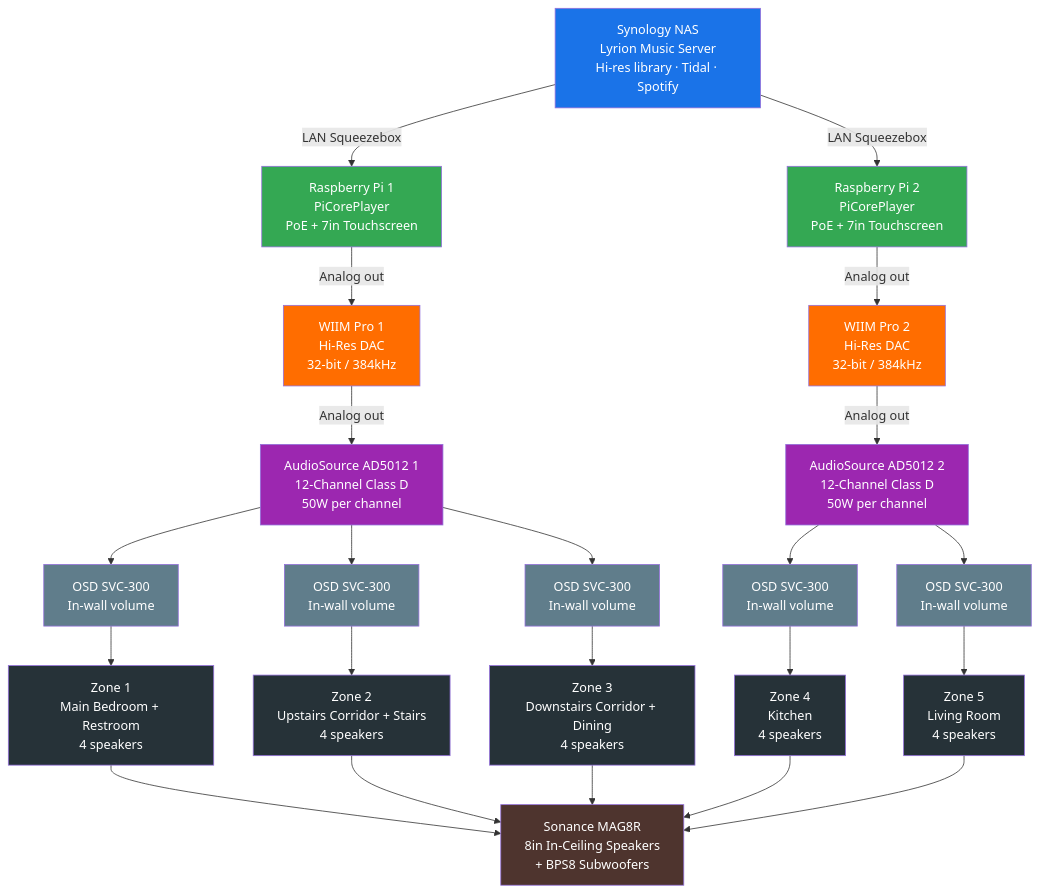
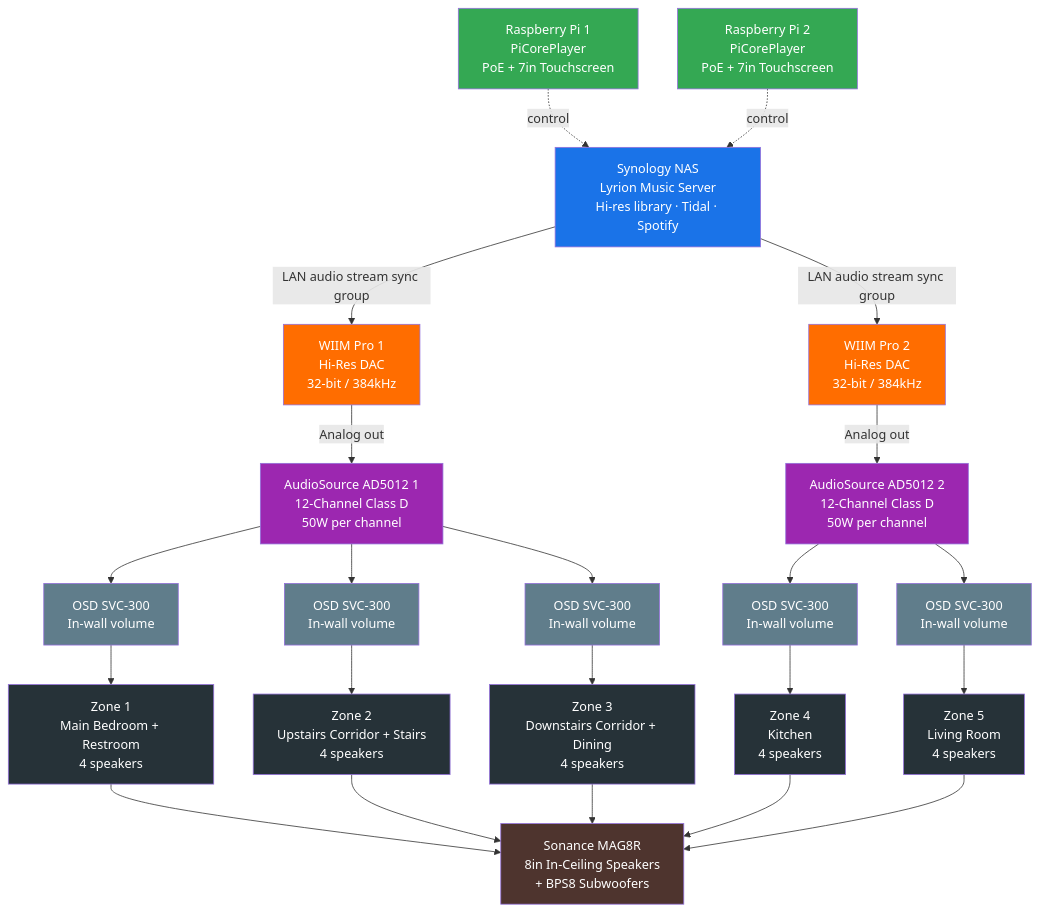
The diagram in content/posts/whole-house-audio-lyrion.md (vijaygpatil/hugo-blog), drawn with Mermaid before and after one commit. The commit also changed other lines of this file, not shown here.

Commit message:
Fix architecture: LMS streams to WIIM directly, Pi is controller only

```diff
--- a/content/posts/whole-house-audio-lyrion.md
+++ b/content/posts/whole-house-audio-lyrion.md
@@ -36,58 +36,58 @@
 {{< mermaid >}}
 flowchart TD
     NAS["Synology NAS<br/>Lyrion Music Server<br/>Hi-res library · Tidal · Spotify"]
 
     PI1["Raspberry Pi 1<br/>PiCorePlayer<br/>PoE + 7in Touchscreen"]
     PI2["Raspberry Pi 2<br/>PiCorePlayer<br/>PoE + 7in Touchscreen"]
 
     WIIM1["WIIM Pro 1<br/>Hi-Res DAC<br/>32-bit / 384kHz"]
     WIIM2["WIIM Pro 2<br/>Hi-Res DAC<br/>32-bit / 384kHz"]
 
     AMP1["AudioSource AD5012 1<br/>12-Channel Class D<br/>50W per channel"]
     AMP2["AudioSource AD5012 2<br/>12-Channel Class D<br/>50W per channel"]
 
     VOL1["OSD SVC-300<br/>In-wall volume"]
     VOL2["OSD SVC-300<br/>In-wall volume"]
     VOL3["OSD SVC-300<br/>In-wall volume"]
     VOL4["OSD SVC-300<br/>In-wall volume"]
     VOL5["OSD SVC-300<br/>In-wall volume"]
 
     Z1["Zone 1<br/>Main Bedroom + Restroom<br/>4 speakers"]
     Z2["Zone 2<br/>Upstairs Corridor + Stairs<br/>4 speakers"]
     Z3["Zone 3<br/>Downstairs Corridor + Dining<br/>4 speakers"]
     Z4["Zone 4<br/>Kitchen<br/>4 speakers"]
     Z5["Zone 5<br/>Living Room<br/>4 speakers"]
 
     SPK["Sonance MAG8R<br/>8in In-Ceiling Speakers<br/>+ BPS8 Subwoofers"]
 
-    NAS -->|"LAN Squeezebox"| PI1
-    NAS -->|"LAN Squeezebox"| PI2
-    PI1 -->|"Analog out"| WIIM1
-    PI2 -->|"Analog out"| WIIM2
+    PI1 -.->|"control"| NAS
+    PI2 -.->|"control"| NAS
+    NAS -->|"LAN audio stream sync group"| WIIM1
+    NAS -->|"LAN audio stream sync group"| WIIM2
     WIIM1 -->|"Analog out"| AMP1
     WIIM2 -->|"Analog out"| AMP2
     AMP1 --> VOL1 --> Z1 --> SPK
     AMP1 --> VOL2 --> Z2 --> SPK
     AMP1 --> VOL3 --> Z3 --> SPK
     AMP2 --> VOL4 --> Z4 --> SPK
     AMP2 --> VOL5 --> Z5 --> SPK
 
     style NAS fill:#1a73e8,color:#fff
     style PI1 fill:#34a853,color:#fff
     style PI2 fill:#34a853,color:#fff
     style WIIM1 fill:#ff6d00,color:#fff
     style WIIM2 fill:#ff6d00,color:#fff
     style AMP1 fill:#9c27b0,color:#fff
     style AMP2 fill:#9c27b0,color:#fff
     style VOL1 fill:#607d8b,color:#fff
     style VOL2 fill:#607d8b,color:#fff
     style VOL3 fill:#607d8b,color:#fff
     style VOL4 fill:#607d8b,color:#fff
     style VOL5 fill:#607d8b,color:#fff
     style Z1 fill:#263238,color:#fff
     style Z2 fill:#263238,color:#fff
     style Z3 fill:#263238,color:#fff
     style Z4 fill:#263238,color:#fff
     style Z5 fill:#263238,color:#fff
     style SPK fill:#4e342e,color:#fff
 {{< /mermaid >}}
```
